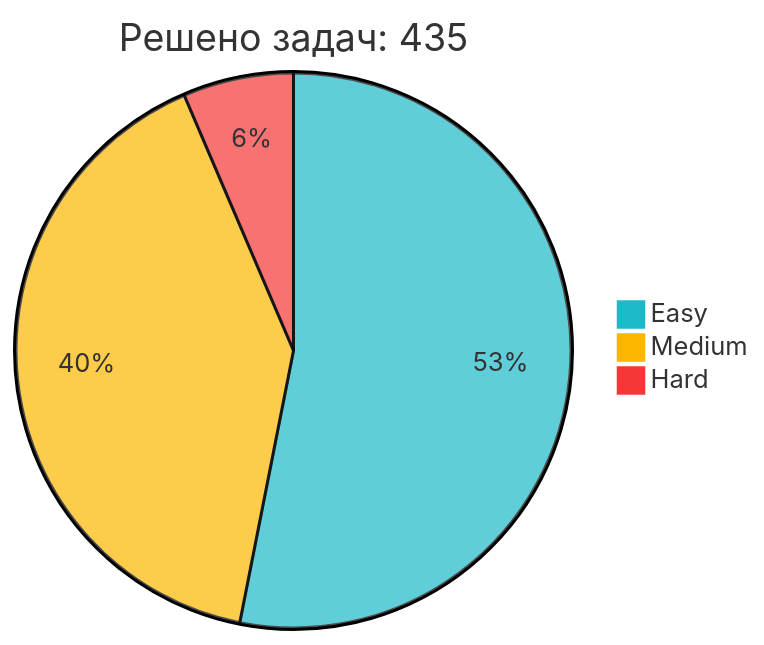
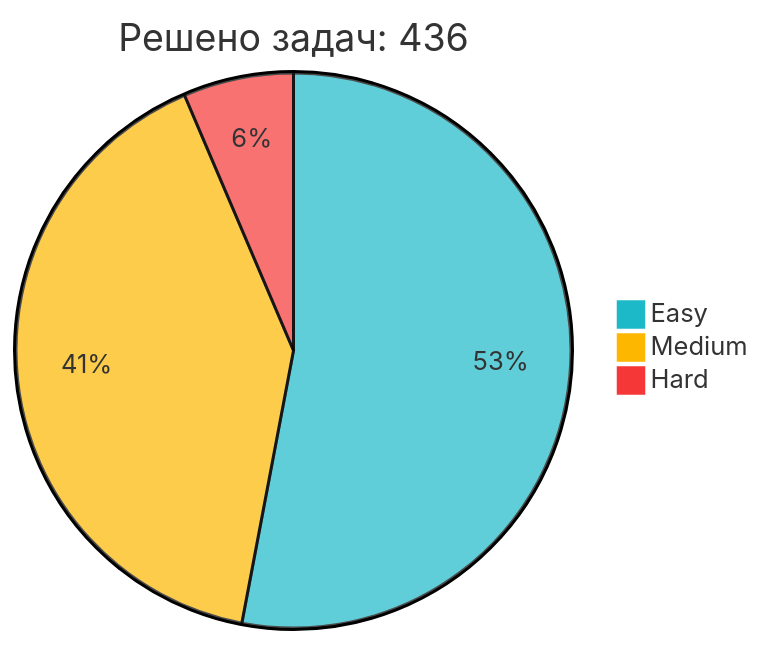
One commit to IliaKurdukov/IliaKurdukov changed the diagram in README.md. Above: the diagram before and after it, drawn with Mermaid. The commit also changed other lines of this file, not shown here.

Commit message:
📈 Обновление статистики LeetCode

````diff
--- a/README.md
+++ b/README.md
@@ -51,7 +51,7 @@
 ```mermaid
 %%{init: {'theme': 'base', 'themeVariables': { 'pie1': '#1CBAC8', 'pie2': '#FEB700', 'pie3': '#F63737' }, 'config': {'width': 300, 'height': 200}}}%%
-pie title Решено задач: 435
+pie title Решено задач: 436
    "Easy" : 231
-   "Medium" : 176
+   "Medium" : 177
    "Hard" : 28
 ```
````
